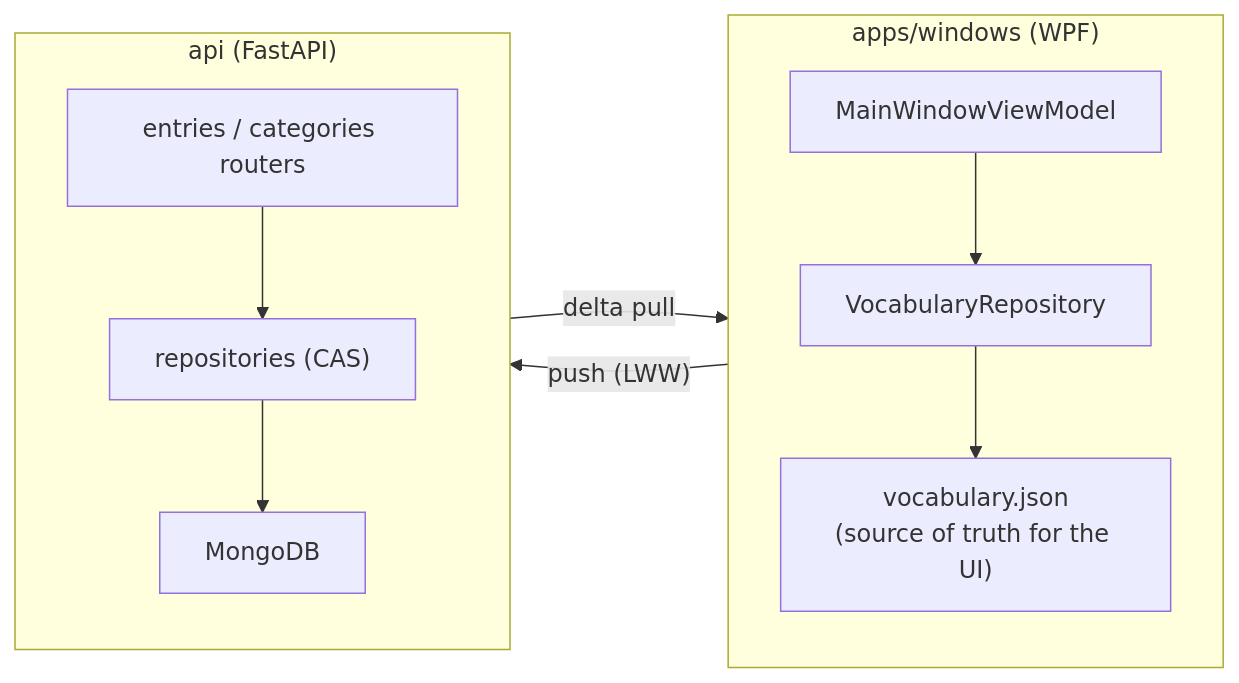
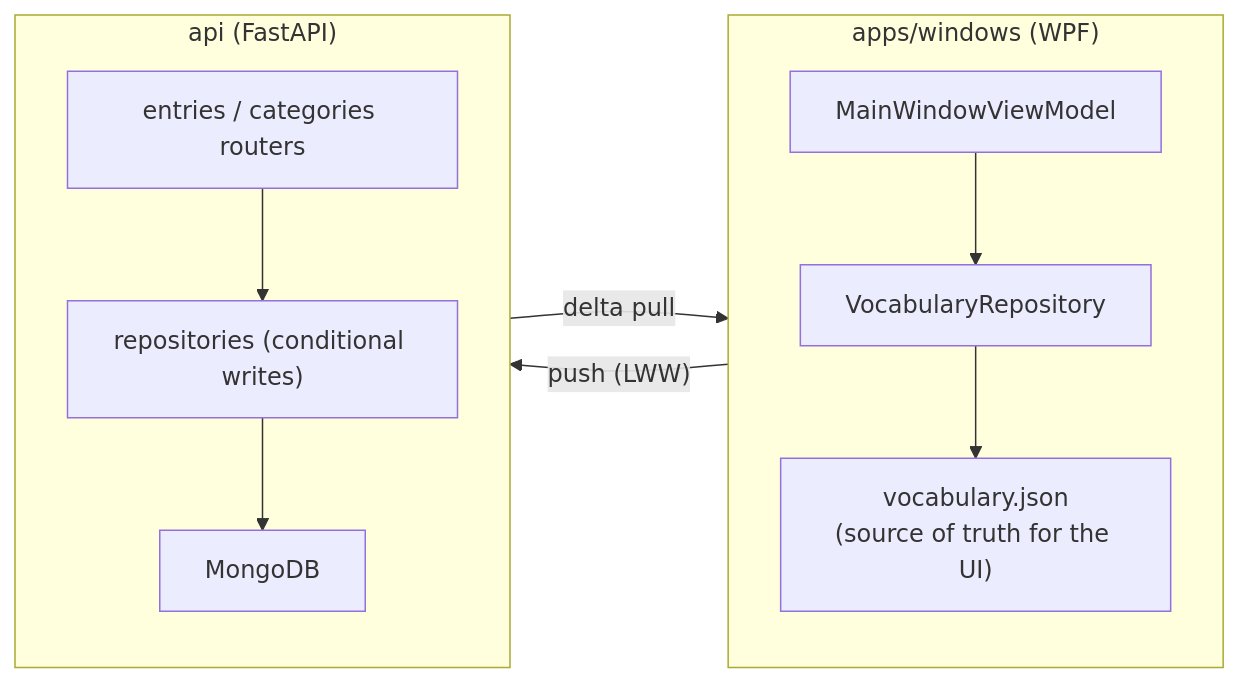
One commit to ArenKae/LexiCall changed the diagram in README.md. Above: the diagram before and after it, drawn with Mermaid. The commit also changed other lines of this file and 13 other files, not shown here.

````diff
--- a/README.md
+++ b/README.md
@@ -29,15 +29,15 @@
 ```mermaid
 flowchart LR
     subgraph client["apps/windows (WPF)"]
         direction TB
         VM["MainWindowViewModel"] --> Repo["VocabularyRepository"] --> JSON["vocabulary.json<br/>(source of truth for the UI)"]
     end
 
     subgraph server["api (FastAPI)"]
         direction TB
-        Routers["entries / categories routers"] --> Repos["repositories (CAS)"] --> Mongo["MongoDB"]
+        Routers["entries / categories routers"] --> Repos["repositories (conditional writes)"] --> Mongo["MongoDB"]
     end
 
     client -- "push (LWW)" --> server
     server -- "delta pull" --> client
 ```
````
